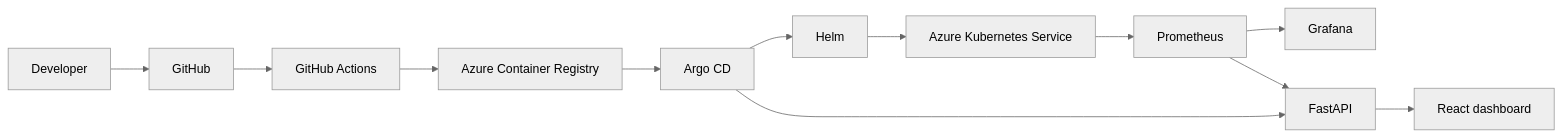
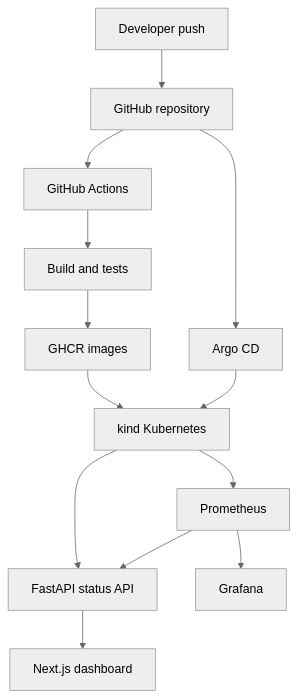
Before and after one commit to Corrupt-God7/Azure-Gitops-Deployment-Dashboard: the diagram in README.md, drawn with Mermaid (neutral theme). The commit also changed other lines of this file, not shown here.

````diff
--- a/README.md
+++ b/README.md
@@ -39,14 +63,15 @@
 ```mermaid
-flowchart LR
-    DEV[Developer] --> GH[GitHub]
-    GH --> CI[GitHub Actions]
-    CI --> ACR[Azure Container Registry]
-    ACR --> ARGO[Argo CD]
-    ARGO --> HELM[Helm]
-    HELM --> AKS[Azure Kubernetes Service]
-    AKS --> PROM[Prometheus]
-    PROM --> GRAF[Grafana]
-    ARGO --> API[FastAPI]
-    PROM --> API
-    API --> UI[React dashboard]
+flowchart TD
+    Developer[Developer push] --> GitHub[GitHub repository]
+    GitHub --> CI[GitHub Actions]
+    CI --> Tests[Build and tests]
+    Tests --> GHCR[GHCR images]
+    GitHub --> Argo[Argo CD]
+    GHCR --> Kubernetes[kind Kubernetes]
+    Argo --> Kubernetes
+    Kubernetes --> API[FastAPI status API]
+    Kubernetes --> Prometheus[Prometheus]
+    API --> Dashboard[Next.js dashboard]
+    Prometheus --> API
+    Prometheus --> Grafana[Grafana]
 ```
````
